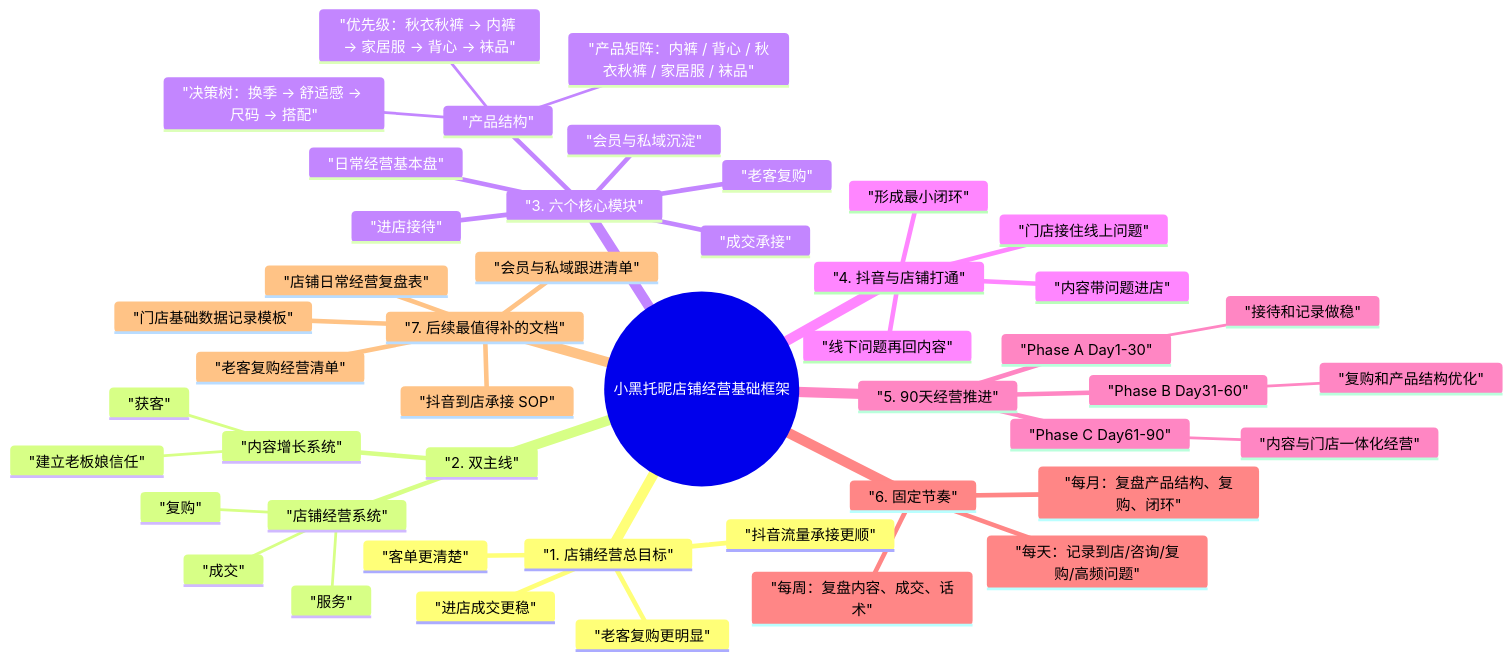
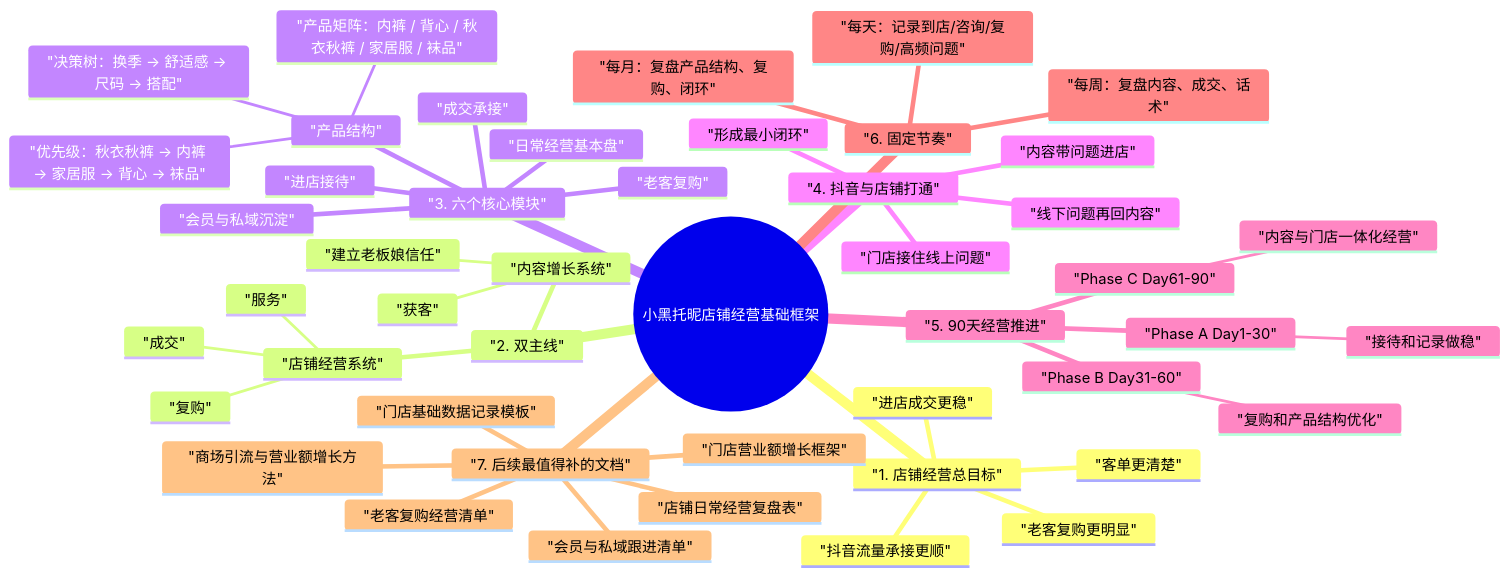
The diagram in mindmaps/06-店铺经营基础框架-mindmap.md (lizhihui0215/Black-Tonny), drawn with Mermaid before and after one commit. The commit also changed 11 other files, not shown here.

````diff
--- a/mindmaps/06-店铺经营基础框架-mindmap.md
+++ b/mindmaps/06-店铺经营基础框架-mindmap.md
@@ -3,49 +3,50 @@
 ```mermaid
 mindmap
   root(("小黑托昵店铺经营基础框架"))
     "1. 店铺经营总目标"
       "进店成交更稳"
       "客单更清楚"
       "老客复购更明显"
       "抖音流量承接更顺"
     "2. 双主线"
       "内容增长系统"
         "获客"
         "建立老板娘信任"
       "店铺经营系统"
         "成交"
         "服务"
         "复购"
     "3. 六个核心模块"
       "进店接待"
       "产品结构"
         "产品矩阵：内裤 / 背心 / 秋衣秋裤 / 家居服 / 袜品"
         "优先级：秋衣秋裤 -> 内裤 -> 家居服 -> 背心 -> 袜品"
         "决策树：换季 -> 舒适感 -> 尺码 -> 搭配"
       "成交承接"
       "老客复购"
       "会员与私域沉淀"
       "日常经营基本盘"
     "4. 抖音与店铺打通"
       "内容带问题进店"
       "门店接住线上问题"
       "线下问题再回内容"
       "形成最小闭环"
     "5. 90天经营推进"
       "Phase A Day1-30"
         "接待和记录做稳"
       "Phase B Day31-60"
         "复购和产品结构优化"
       "Phase C Day61-90"
         "内容与门店一体化经营"
     "6. 固定节奏"
       "每天：记录到店/咨询/复购/高频问题"
       "每周：复盘内容、成交、话术"
       "每月：复盘产品结构、复购、闭环"
     "7. 后续最值得补的文档"
       "店铺日常经营复盘表"
+      "商场引流与营业额增长方法"
+      "门店营业额增长框架"
       "老客复购经营清单"
-      "抖音到店承接 SOP"
       "会员与私域跟进清单"
       "门店基础数据记录模板"
 ```
````
